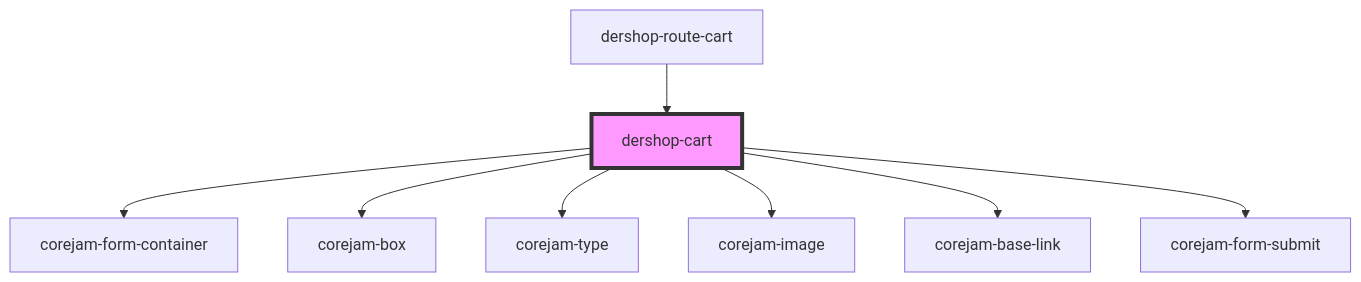
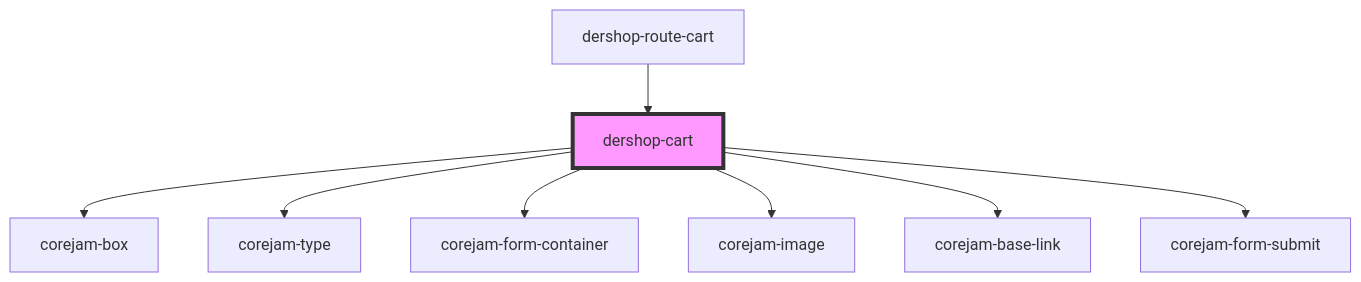
One commit to corejam/corejam changed the diagram in packages/plugins/dershop/app/components/dershop-cart/readme.md. Above: the diagram before and after it, drawn with Mermaid. The commit also changed other lines of this file and 6 other files, not shown here.

````diff
--- a/packages/plugins/dershop/app/components/dershop-cart/readme.md
+++ b/packages/plugins/dershop/app/components/dershop-cart/readme.md
@@ -24,11 +24,11 @@
 ```mermaid
 graph TD;
-  dershop-cart --> corejam-form-container
   dershop-cart --> corejam-box
   dershop-cart --> corejam-type
+  dershop-cart --> corejam-form-container
   dershop-cart --> corejam-image
   dershop-cart --> corejam-base-link
   dershop-cart --> corejam-form-submit
   dershop-route-cart --> dershop-cart
   style dershop-cart fill:#f9f,stroke:#333,stroke-width:4px
 ```
````
